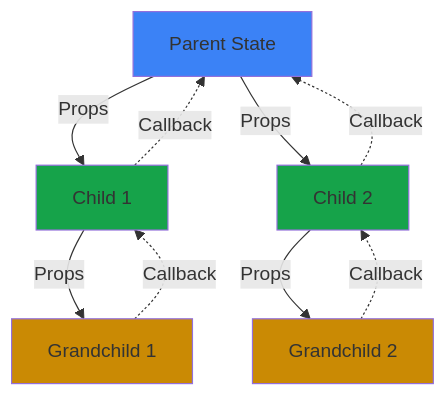
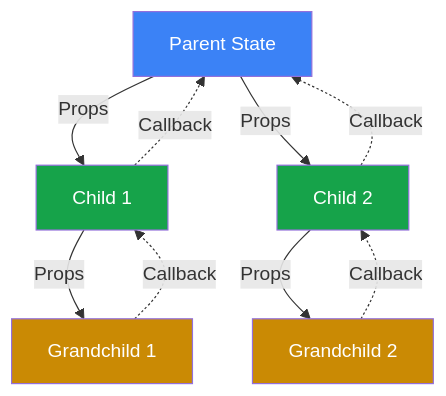
The third of 3 diagrams in react/state_props/README.md (upasanaprabhakar/web-dev-handbook), drawn with Mermaid before and after one commit. The commit also changed other lines of this file, not shown here.

````diff
--- a/react/state_props/README.md
+++ b/react/state_props/README.md
@@ -353,18 +357,21 @@
 ```mermaid
 graph TD
     A[Parent State] -->|Props| B[Child 1]
     A -->|Props| C[Child 2]
     B -->|Props| D[Grandchild 1]
     C -->|Props| E[Grandchild 2]
-    
+
     D -.->|Callback| B
     B -.->|Callback| A
     E -.->|Callback| C
     C -.->|Callback| A
-    
-    style A fill:#3B82F6
-    style B fill:#16A34A
-    style C fill:#16A34A
-    style D fill:#CA8A04
-    style E fill:#CA8A04
+
+    classDef parent fill:#3B82F6,color:#ffffff
+    classDef child fill:#16A34A,color:#ffffff
+    classDef grand fill:#CA8A04,color:#ffffff
+
+    class A parent
+    class B,C child
+    class D,E grand
+
 ```
````
